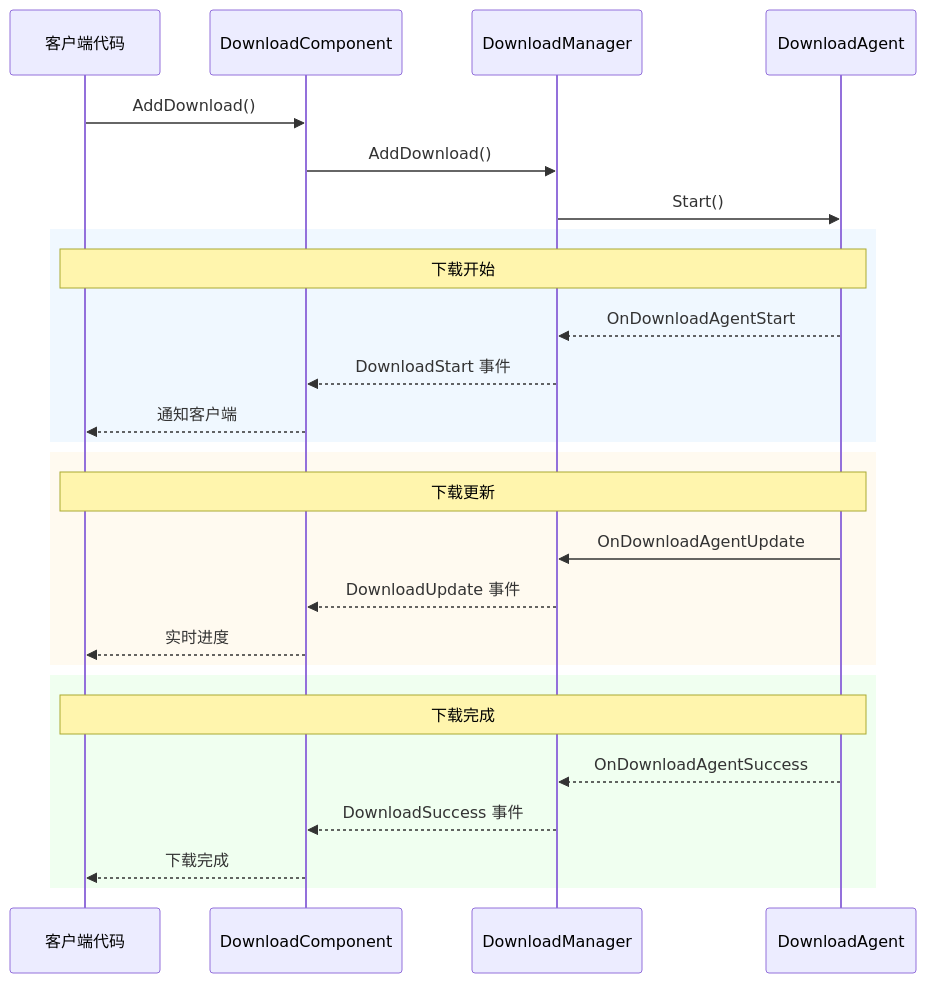
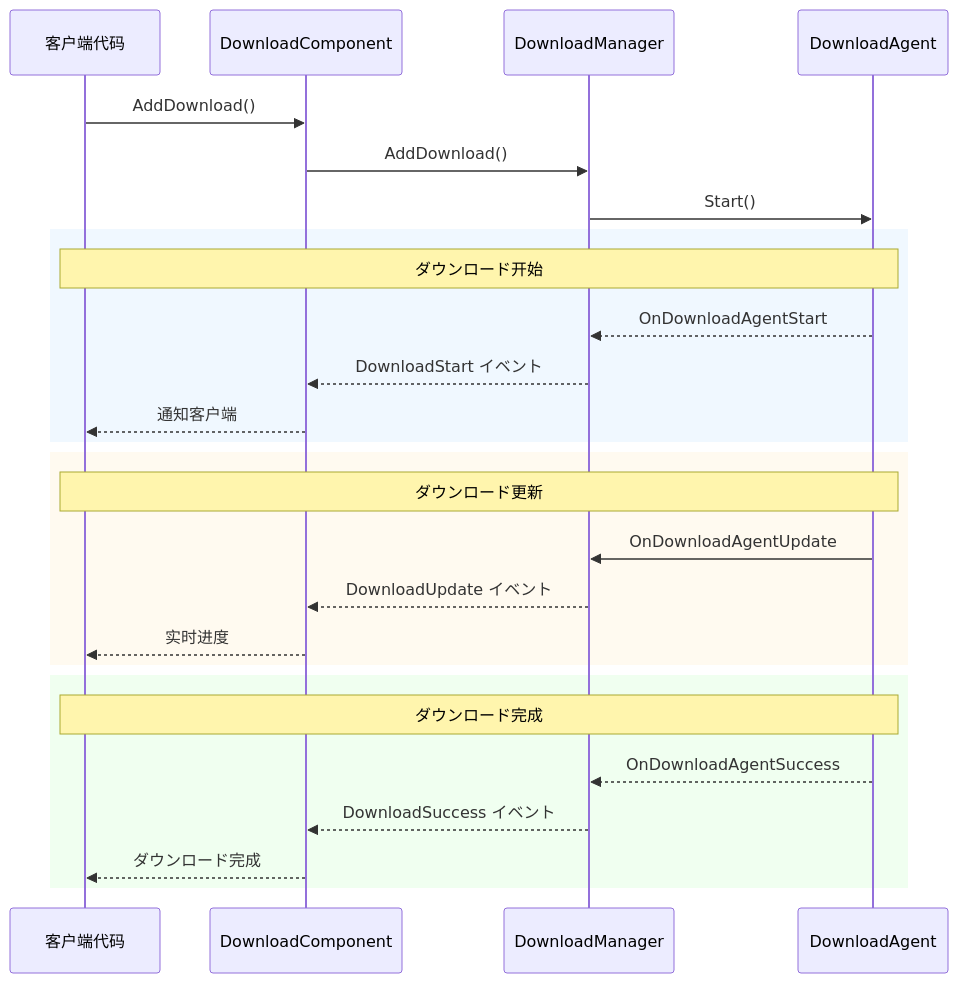
The second of 3 diagrams in docs/ja/client/unity/component/download/04.features.md (AlianBlank/GameFrameX.Docs), drawn with Mermaid before and after one commit. The commit also changed other lines of this file and 603 other files, not shown here.

````diff
--- a/docs/ja/client/unity/component/download/04.features.md
+++ b/docs/ja/client/unity/component/download/04.features.md
@@ -126,32 +126,32 @@
 ```mermaid
 sequenceDiagram
     participant Client as 客户端代码
     participant DC as DownloadComponent
     participant DM as DownloadManager
     participant Agent as DownloadAgent
 
     Client->>DC: AddDownload()
     DC->>DM: AddDownload()
     DM->>Agent: Start()
     
     rect rgb(240, 248, 255)
-        Note over Agent,Client: 下载开始
+        Note over Agent,Client: ダウンロード开始
         Agent-->>DM: OnDownloadAgentStart
-        DM-->>DC: DownloadStart 事件
+        DM-->>DC: DownloadStart イベント
         DC-->>Client: 通知客户端
     end
     
     rect rgb(255, 250, 240)
-        Note over Agent,Client: 下载更新
+        Note over Agent,Client: ダウンロード更新
         Agent->>DM: OnDownloadAgentUpdate
-        DM-->>DC: DownloadUpdate 事件
+        DM-->>DC: DownloadUpdate イベント
         DC-->>Client: 实时进度
     end
     
     rect rgb(240, 255, 240)
-        Note over Agent,Client: 下载完成
+        Note over Agent,Client: ダウンロード完成
         Agent-->>DM: OnDownloadAgentSuccess
-        DM-->>DC: DownloadSuccess 事件
-        DC-->>Client: 下载完成
+        DM-->>DC: DownloadSuccess イベント
+        DC-->>Client: ダウンロード完成
     end
 ```
````
